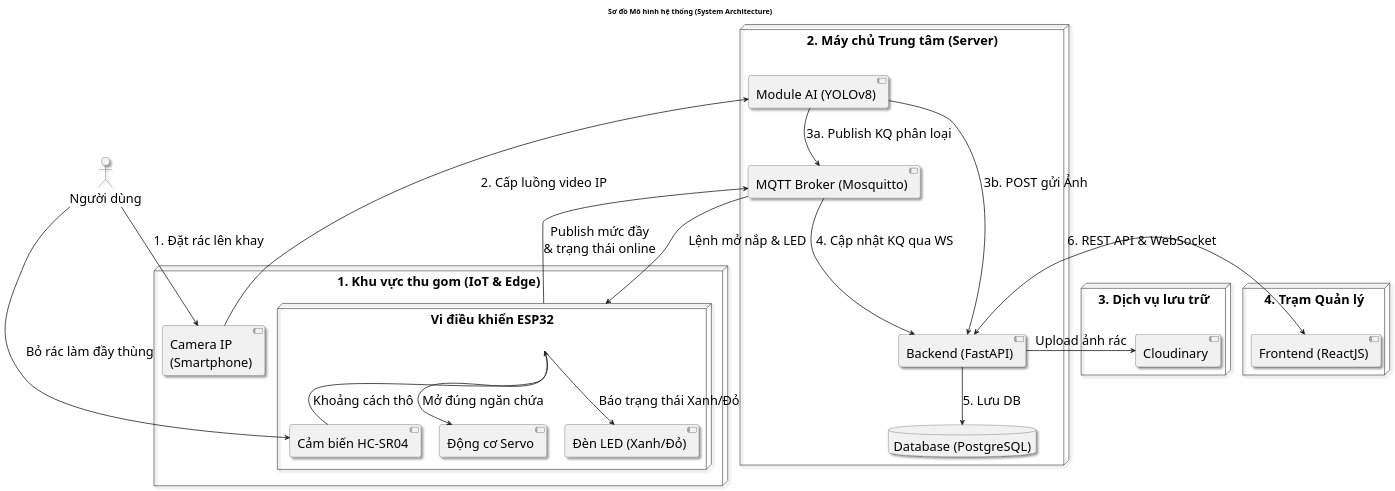
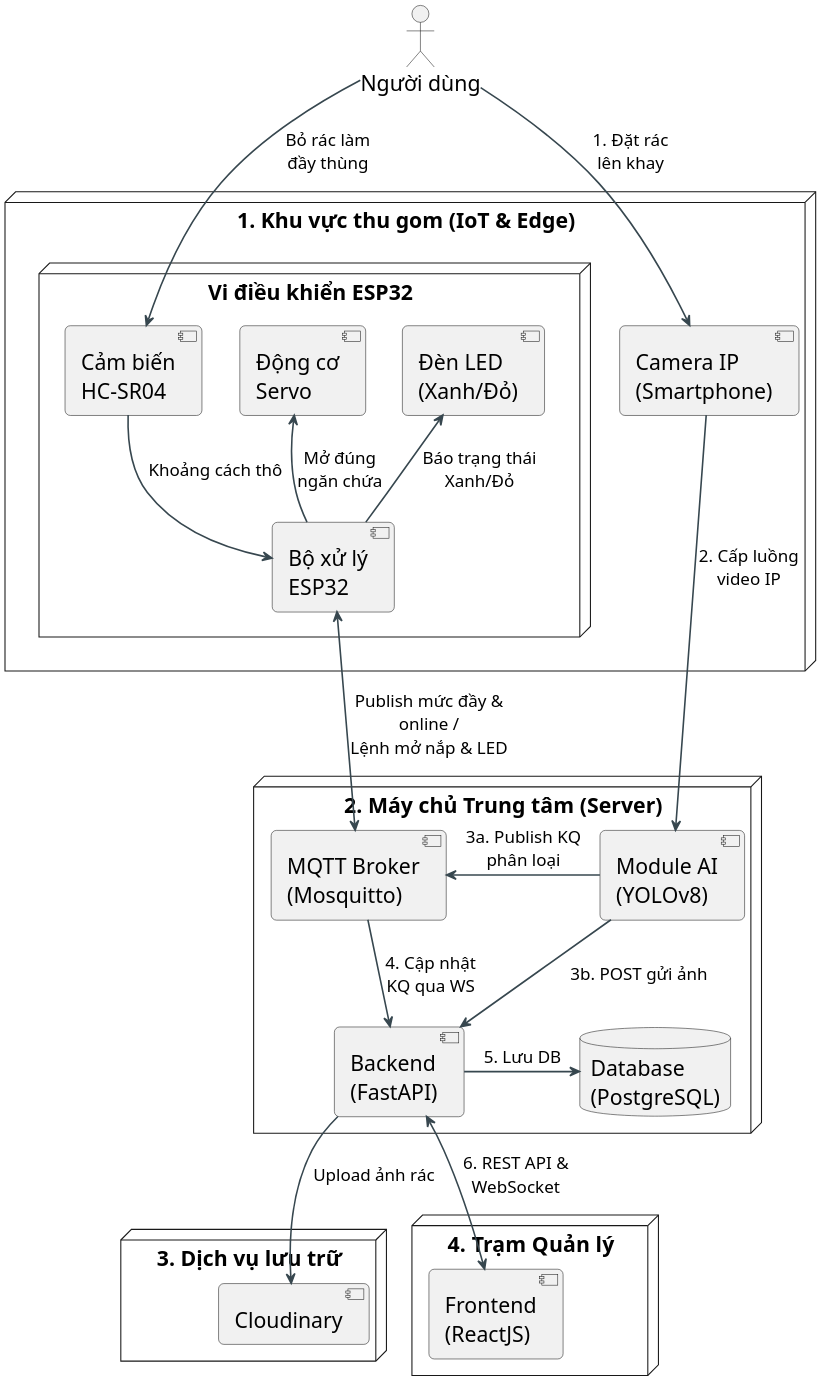
The diagram in DOCS/SoDoKienTruc/2.2-so-do-chuc-nang(he_thong).md (NguyenTAnh2005/Do-An-Mon-Hoc), drawn with PlantUML before and after one commit. The commit also changed 8 other files, not shown here.

```diff
--- a/DOCS/SoDoKienTruc/2.2-so-do-chuc-nang(he_thong).md
+++ b/DOCS/SoDoKienTruc/2.2-so-do-chuc-nang(he_thong).md
@@ -1,58 +1,71 @@
 @startuml
+top to bottom direction
 skinparam componentStyle uml2
-skinparam defaultFontSize 25
-skinparam shadowing true
+skinparam dpi 200
+skinparam defaultFontSize 20
+skinparam ArrowFontSize 16
+skinparam defaultFontName "Times New Roman"
+skinparam shadowing false
 skinparam roundcorner 10
 skinparam ArrowThickness 1.5
-
-title Sơ đồ Mô hình hệ thống (System Architecture)
+skinparam ArrowColor #37474F
+skinparam nodesep 35
+skinparam ranksep 55
+skinparam wrapWidth 200
+skinparam maxMessageSize 150
 
 actor "Người dùng" as User
 
 node "1. Khu vực thu gom (IoT & Edge)" {
 component "Camera IP\n(Smartphone)" as Cam
-
-node "Vi điều khiển ESP32" as ESP {
-component "Cảm biến HC-SR04" as Sensor
-component "Động cơ Servo" as Servo
-component "Đèn LED (Xanh/Đỏ)" as LED
+node "Vi điều khiển ESP32" as ESPNode {
+component "Cảm biến\nHC-SR04" as Sensor
+component "Động cơ\nServo" as Servo
+component "Đèn LED\n(Xanh/Đỏ)" as LED
+component "Bộ xử lý\nESP32" as ESP
 }
 }
 
 node "2. Máy chủ Trung tâm (Server)" {
-component "Module AI (YOLOv8)" as AI
-component "MQTT Broker (Mosquitto)" as MQTT
-component "Backend (FastAPI)" as Backend
-database "Database (PostgreSQL)" as DB
+component "Module AI\n(YOLOv8)" as AI
+component "MQTT Broker\n(Mosquitto)" as MQTT
+component "Backend\n(FastAPI)" as Backend
+database "Database\n(PostgreSQL)" as DB
 }
 
 node "3. Dịch vụ lưu trữ" {
 component "Cloudinary" as Cloud
 }
 
 node "4. Trạm Quản lý" {
-component "Frontend (ReactJS)" as FE
+component "Frontend\n(ReactJS)" as FE
 }
 
-' === CÁC LUỒNG TƯƠNG TÁC ===
-User -down-> Cam : 1. Đặt rác lên khay
-User -down-> Sensor : Bỏ rác làm đầy thùng
+' === TẦNG 1: Người dùng ===
+User -down-> Cam : 1. Đặt rác\nlên khay
+User -down-> Sensor : Bỏ rác làm\nđầy thùng
 
-Cam -down-> AI : 2. Cấp luồng video IP
+' === TẦNG 2: thiết bị Edge ===
+Sensor -down-> ESP : Khoảng cách thô
+ESP -up-> Servo : Mở đúng\nngăn chứa
+ESP -up-> LED : Báo trạng thái\nXanh/Đỏ
 
-AI -down-> MQTT : 3a. Publish KQ phân loại
-AI -down-> Backend : 3b. POST gửi Ảnh
+' === TẦNG 3: Server (hàng AI - MQTT) ===
+Cam -down-> AI : 2. Cấp luồng\nvideo IP
+ESP <-down-> MQTT : Publish mức đầy & online /\nLệnh mở nắp & LED
+AI -right-> MQTT : 3a. Publish KQ\nphân loại
 
-Sensor -right-> ESP : Khoảng cách thô
-ESP -up-> MQTT : Publish mức đầy\n& trạng thái online
-MQTT -down-> ESP : Lệnh mở nắp & LED
+' === TẦNG 4: Backend ở giữa ===
+AI -down-> Backend : 3b. POST gửi ảnh
+MQTT -down-> Backend : 4. Cập nhật\nKQ qua WS
+Backend -right-> DB : 5. Lưu DB
 
-ESP -down-> Servo : Mở đúng ngăn chứa
-ESP -down-> LED : Báo trạng thái Xanh/Đỏ
+' === TẦNG 5: Cloud (trái) - Frontend (phải) ===
+Backend -down-> Cloud : Upload ảnh rác
+Backend <-down-> FE : 6. REST API &\nWebSocket
 
-MQTT -down-> Backend : 4. Cập nhật KQ qua WS
-Backend -down-> DB : 5. Lưu DB
-Backend -right-> Cloud : Upload ảnh rác
-Backend <-left-> FE : 6. REST API & WebSocket
-
+' === Ép bố cục cân đối ===
+Cam -[hidden]right-> ESPNode
+AI -[hidden]right-> MQTT
+Cloud -[hidden]right-> FE
 @enduml
```
